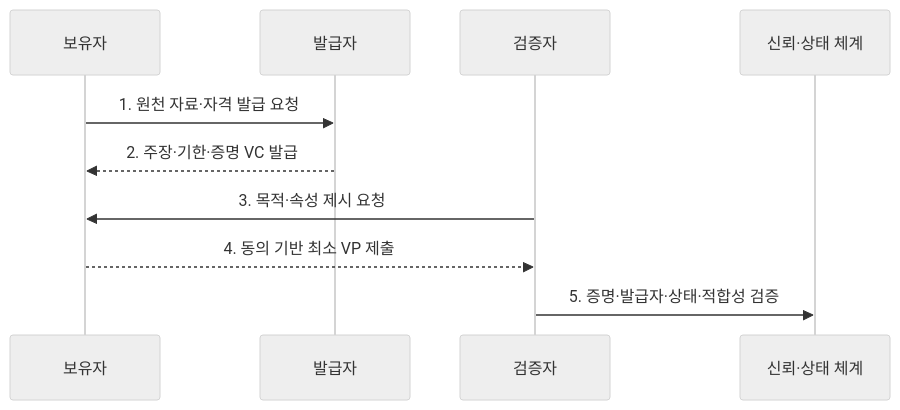
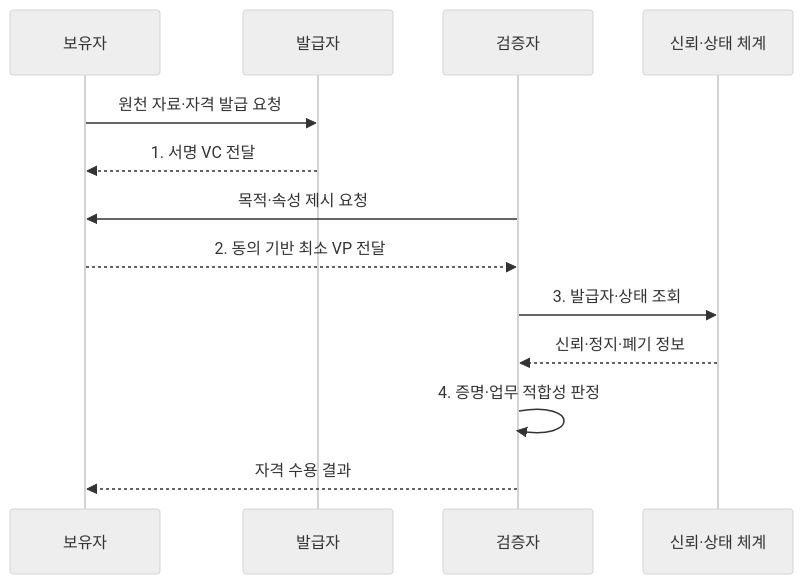
Before and after one commit to agnusdei1207/knowledge-base: the second of 2 diagrams in src/content/docs/notes/05-security/067_verifiable_credential.md, drawn with Mermaid (neutral theme). The commit also changed other lines of this file and 20 other files, not shown here.

````diff
--- a/src/content/docs/notes/05-security/067_verifiable_credential.md
+++ b/src/content/docs/notes/05-security/067_verifiable_credential.md
@@ -87,12 +89,15 @@
 ```mermaid
 sequenceDiagram
     participant H as 보유자
     participant I as 발급자
     participant V as 검증자
     participant S as 신뢰·상태 체계
-    H->>I: 1. 원천 자료·자격 발급 요청
-    I-->>H: 2. 주장·기한·증명 VC 발급
-    V->>H: 3. 목적·속성 제시 요청
-    H-->>V: 4. 동의 기반 최소 VP 제출
-    V->>S: 5. 증명·발급자·상태·적합성 검증
+    H->>I: 원천 자료·자격 발급 요청
+    I-->>H: 1. 서명 VC 전달
+    V->>H: 목적·속성 제시 요청
+    H-->>V: 2. 동의 기반 최소 VP 전달
+    V->>S: 3. 발급자·상태 조회
+    S-->>V: 신뢰·정지·폐기 정보
+    V->>V: 4. 증명·업무 적합성 판정
+    V-->>H: 자격 수용 결과
 ```
````
